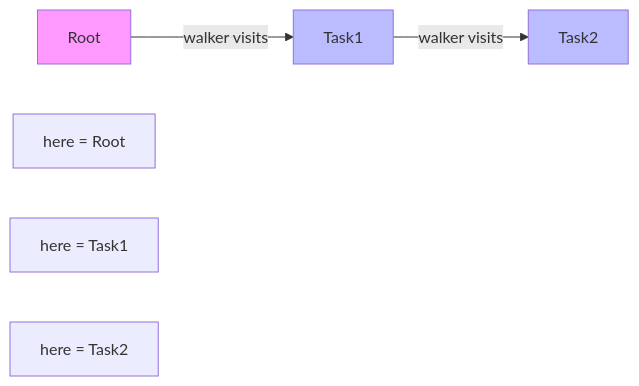
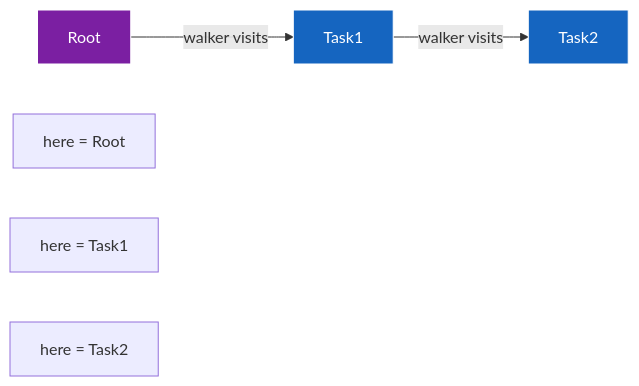
One commit to specialized806/jaseci changed the second of 3 diagrams in jac/examples/reference/names_and_references.md. Above: the diagram before and after it, drawn with Mermaid. The commit also changed other lines of this file and 13 other files, not shown here.

Commit message:
imporve spec diagram styles

````diff
--- a/jac/examples/reference/names_and_references.md
+++ b/jac/examples/reference/names_and_references.md
@@ -52,13 +52,13 @@
 ```mermaid
 graph LR
     A[Root] -->|walker visits| B[Task1]
     B -->|walker visits| C[Task2]
 
-    style A fill:#f9f
-    style B fill:#bbf
-    style C fill:#bbf
+    style A fill:#7b1fa2,stroke:#fff,color:#fff
+    style B fill:#1565c0,stroke:#fff,color:#fff
+    style C fill:#1565c0,stroke:#fff,color:#fff
 
     Note1[here = Root]
     Note2[here = Task1]
     Note3[here = Task2]
 ```
````
